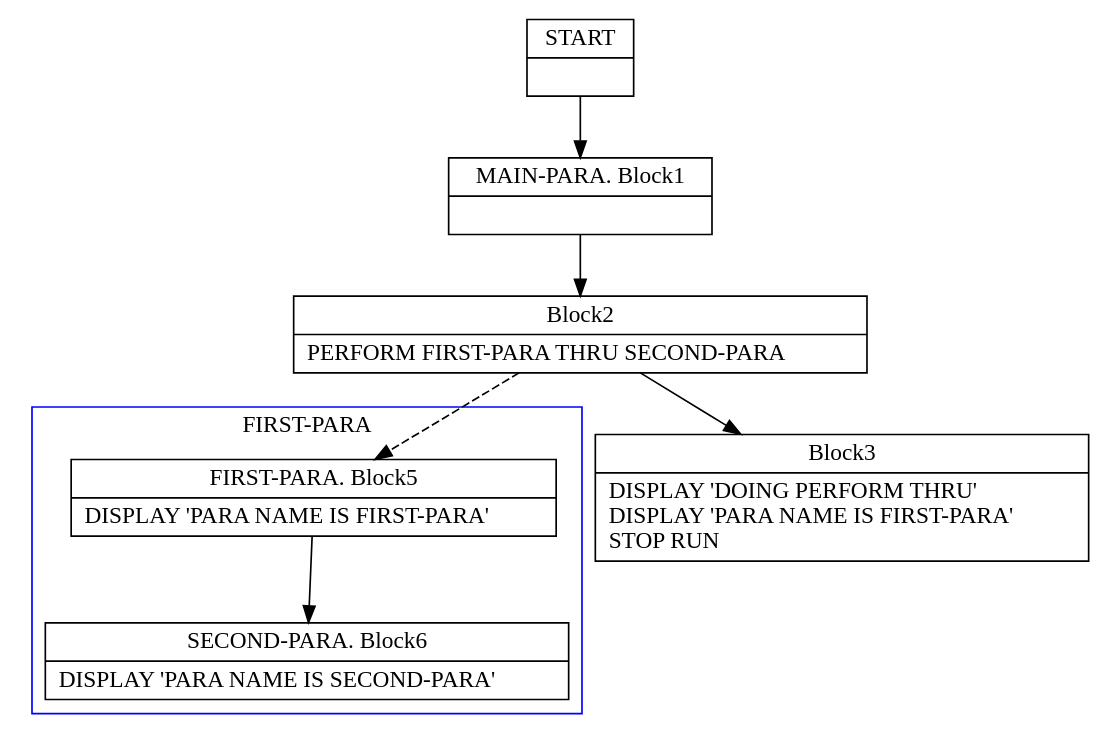
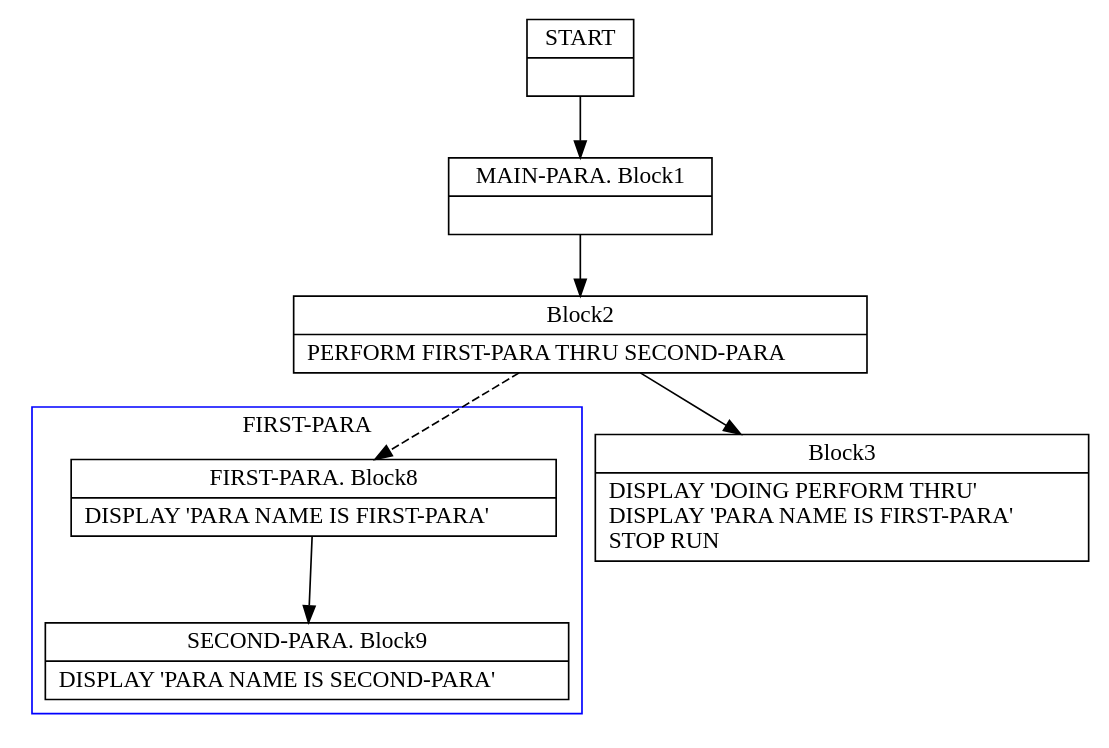
The diagram in TypeCobol.Analysis.Test/DotOutput/PerformThru1.dot (TypeCobolTeam/TypeCobol), drawn with Graphviz before and after one commit. The commit also changed 12 other files, not shown here.

```diff
--- a/TypeCobol.Analysis.Test/DotOutput/PerformThru1.dot
+++ b/TypeCobol.Analysis.Test/DotOutput/PerformThru1.dot
@@ -1,40 +1,40 @@
 digraph Cfg {
 compound=true;
 node [
 shape = "record"
 ]
 
 edge [
 arrowtail = "empty"
 ]
 Block0 [
 label = "{START|}"
 ]
 Block1 [
 label = "{MAIN-PARA. Block1|}"
 ]
 Block2 [
 label = "{Block2|      PERFORM FIRST-PARA THRU SECOND-PARA\l}"
 ]
 subgraph cluster_1{
 color = blue;
 label = "FIRST-PARA";
-Block5 [
-label = "{FIRST-PARA. Block5|      DISPLAY 'PARA NAME IS  FIRST-PARA'\l}"
+Block8 [
+label = "{FIRST-PARA. Block8|      DISPLAY 'PARA NAME IS  FIRST-PARA'\l}"
 ]
-Block6 [
-label = "{SECOND-PARA. Block6|      DISPLAY 'PARA NAME IS  SECOND-PARA'\l}"
+Block9 [
+label = "{SECOND-PARA. Block9|      DISPLAY 'PARA NAME IS  SECOND-PARA'\l}"
 ]
-Block5 -> Block6
+Block8 -> Block9
 
 }
-Block2 -> Block5 [style=dashed]
+Block2 -> Block8 [style=dashed]
 
 Block3 [
 label = "{Block3|      DISPLAY 'DOING PERFORM THRU'\l      DISPLAY 'PARA NAME IS  FIRST-PARA'\l      STOP RUN\l}"
 ]
 Block0 -> Block1
 Block1 -> Block2
 Block2 -> Block3
 
 }
```
